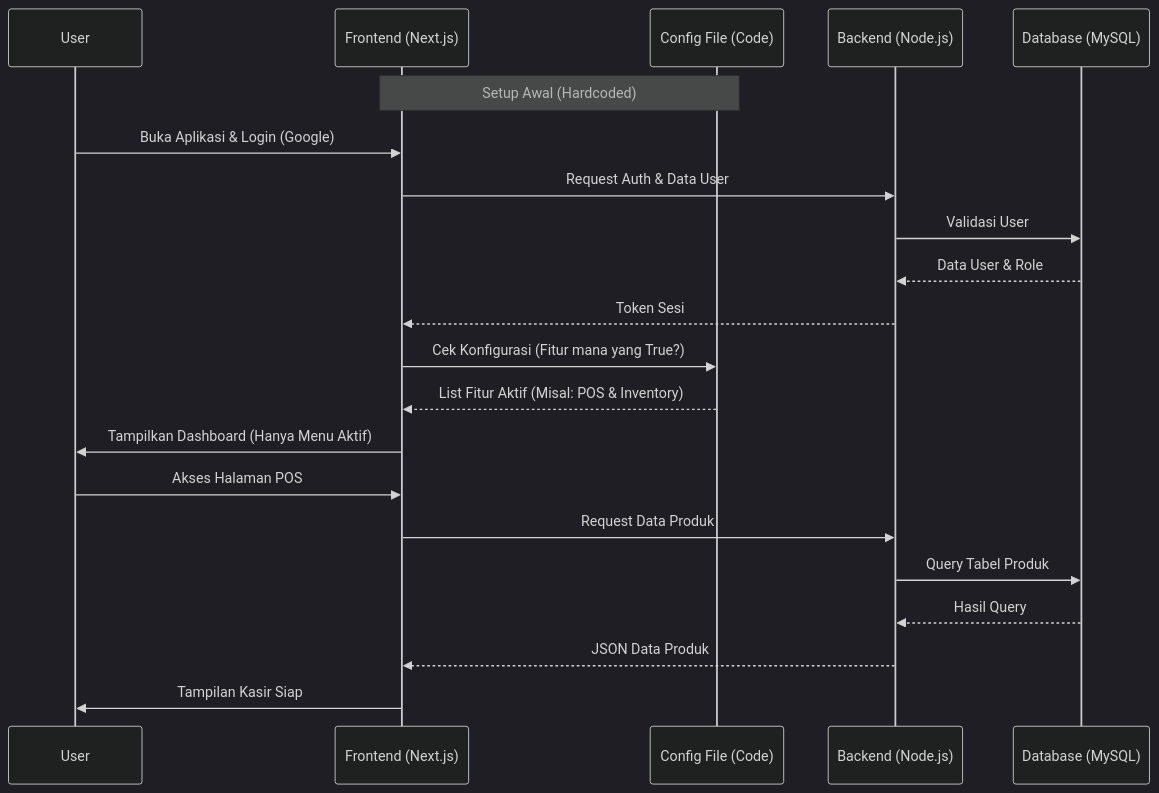
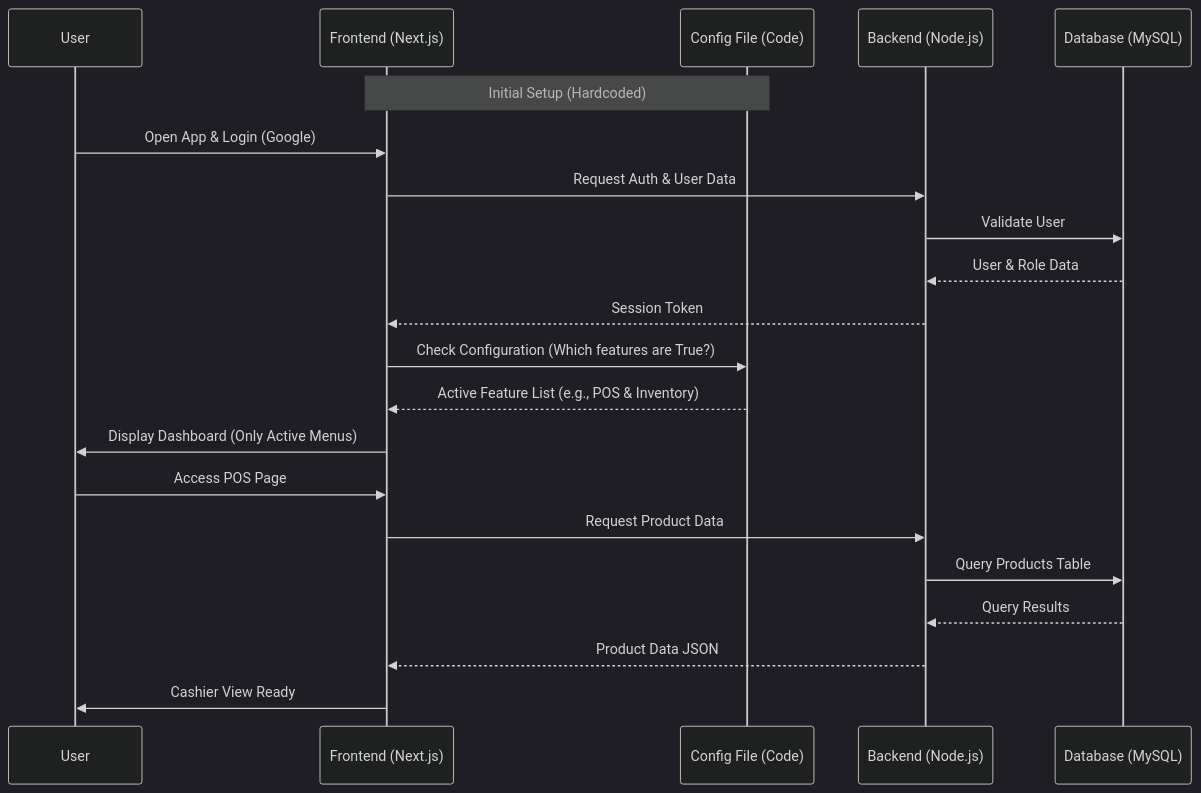
The first of 2 diagrams in agents/prd-reference.md (J-yriz/prd-creator), drawn with Mermaid (dark theme) before and after one commit. The commit also changed other lines of this file and 1 other file, not shown here.

````diff
--- a/agents/prd-reference.md
+++ b/agents/prd-reference.md
@@ -75,28 +75,28 @@
 ```mermaid
 sequenceDiagram
     participant U as User
     participant FE as Frontend (Next.js)
     participant C as Config File (Code)
     participant BE as Backend (Node.js)
     participant DB as Database (MySQL)
 
-    Note over FE, C: Setup Awal (Hardcoded)
+    Note over FE, C: Initial Setup (Hardcoded)
 
-    U->>FE: Buka Aplikasi & Login (Google)
-    FE->>BE: Request Auth & Data User
-    BE->>DB: Validasi User
-    DB-->>BE: Data User & Role
-    BE-->>FE: Token Sesi
+    U->>FE: Open App & Login (Google)
+    FE->>BE: Request Auth & User Data
+    BE->>DB: Validate User
+    DB-->>BE: User & Role Data
+    BE-->>FE: Session Token
 
-    FE->>C: Cek Konfigurasi (Fitur mana yang True?)
-    C-->>FE: List Fitur Aktif (Misal: POS & Inventory)
+    FE->>C: Check Configuration (Which features are True?)
+    C-->>FE: Active Feature List (e.g., POS & Inventory)
 
-    FE->>U: Tampilkan Dashboard (Hanya Menu Aktif)
+    FE->>U: Display Dashboard (Only Active Menus)
 
-    U->>FE: Akses Halaman POS
-    FE->>BE: Request Data Produk
-    BE->>DB: Query Tabel Produk
-    DB-->>BE: Hasil Query
-    BE-->>FE: JSON Data Produk
-    FE->>U: Tampilan Kasir Siap
+    U->>FE: Access POS Page
+    FE->>BE: Request Product Data
+    BE->>DB: Query Products Table
+    DB-->>BE: Query Results
+    BE-->>FE: Product Data JSON
+    FE->>U: Cashier View Ready
 ```
````
